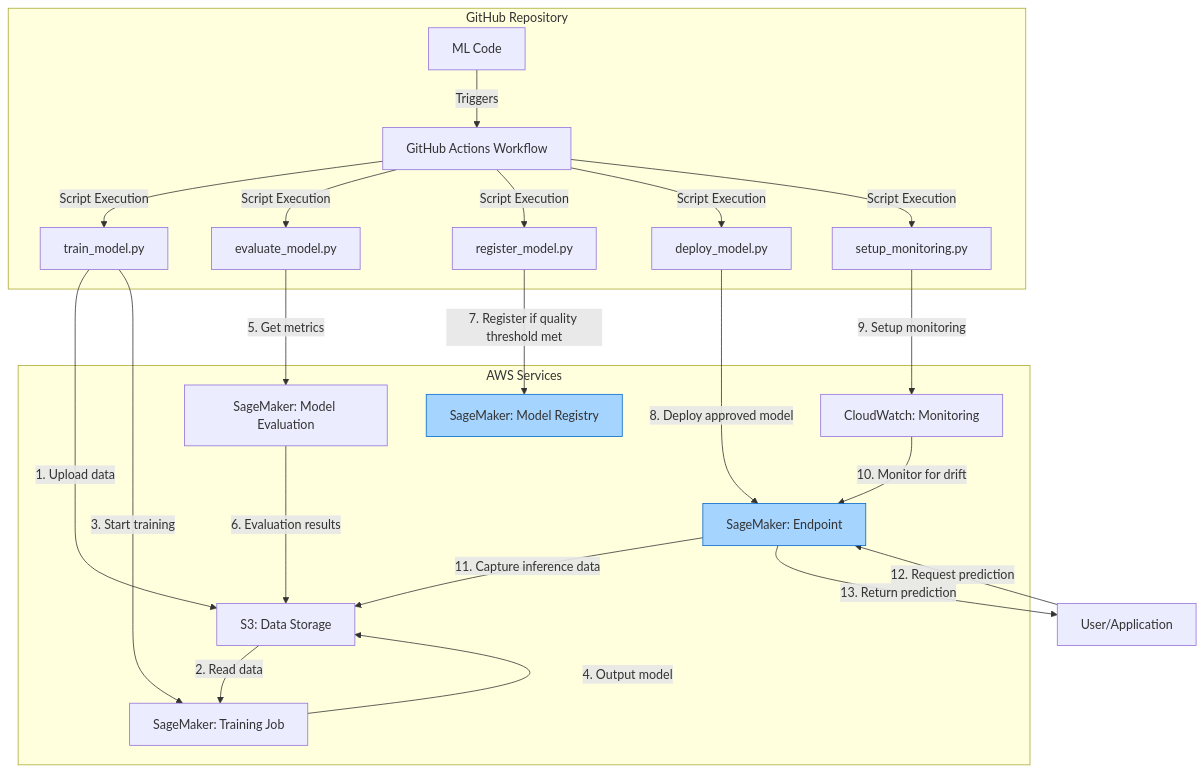
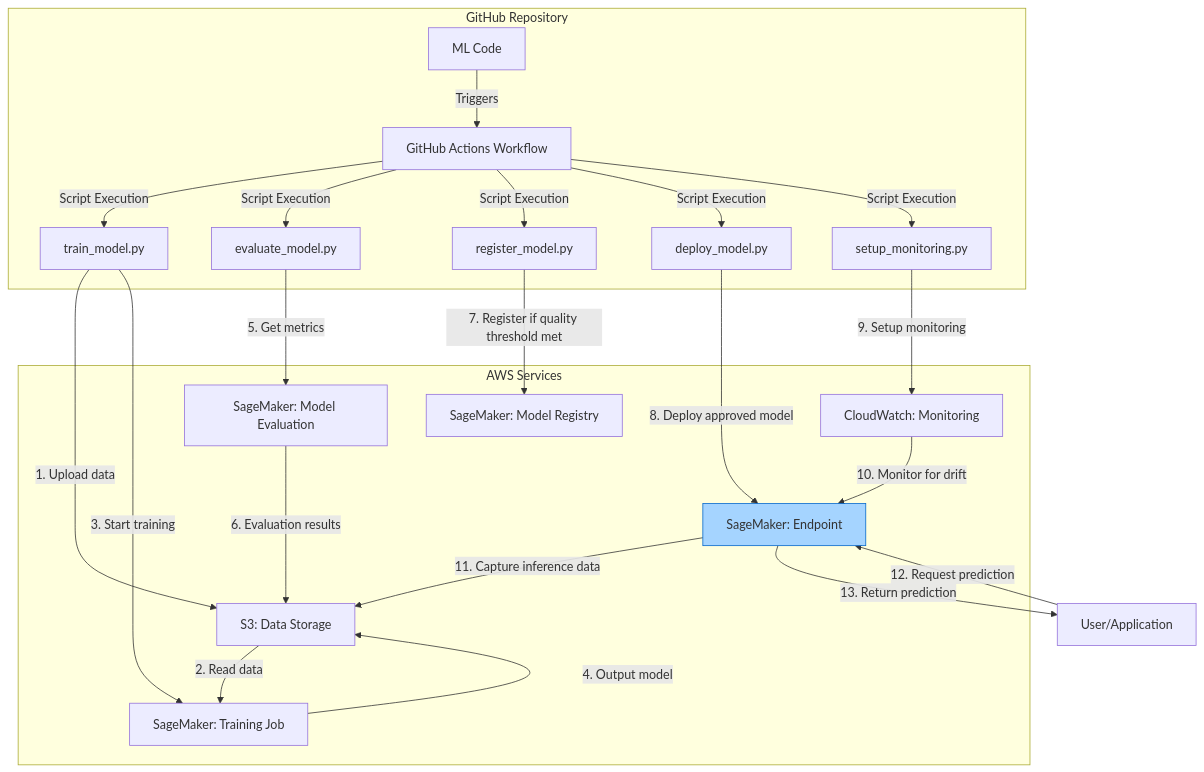
Before and after one commit to luhercentti/mlops-ephemeral-demo-lhc: the diagram in readme.md, drawn with Mermaid.

````diff
--- a/readme.md
+++ b/readme.md
@@ -3,40 +3,39 @@
 ```mermaid
 flowchart TD
     subgraph "GitHub Repository"
         A[ML Code] --> |Triggers| B[GitHub Actions Workflow]
         B --> |Script Execution| C1[train_model.py]
         B --> |Script Execution| C2[evaluate_model.py]
         B --> |Script Execution| C3[register_model.py]
         B --> |Script Execution| C4[deploy_model.py]
         B --> |Script Execution| C5[setup_monitoring.py]
     end
 
     subgraph "AWS Services"
         D[S3: Data Storage]
         E[SageMaker: Training Job]
         F[SageMaker: Model Evaluation]
         G[SageMaker: Model Registry]
         H[SageMaker: Endpoint]
         I[CloudWatch: Monitoring]
     end
 
     %% Data Flow Connections
     C1 -->|1. Upload data| D
     D -->|2. Read data| E
     C1 -->|3. Start training| E
     E -->|4. Output model| D
     C2 -->|5. Get metrics| F
     F -->|6. Evaluation results| D
     C3 -->|7. Register if quality threshold met| G
     C4 -->|8. Deploy approved model| H
     C5 -->|9. Setup monitoring| I
     I -->|10. Monitor for drift| H
     H -->|11. Capture inference data| D
 
     %% Inference Flow
     J[User/Application] -->|12. Request prediction| H
     H -->|13. Return prediction| J
 
-    style G fill:#A5D4FF,stroke:#0066CC
     style H fill:#A5D4FF,stroke:#0066CC
 ``` 
````
